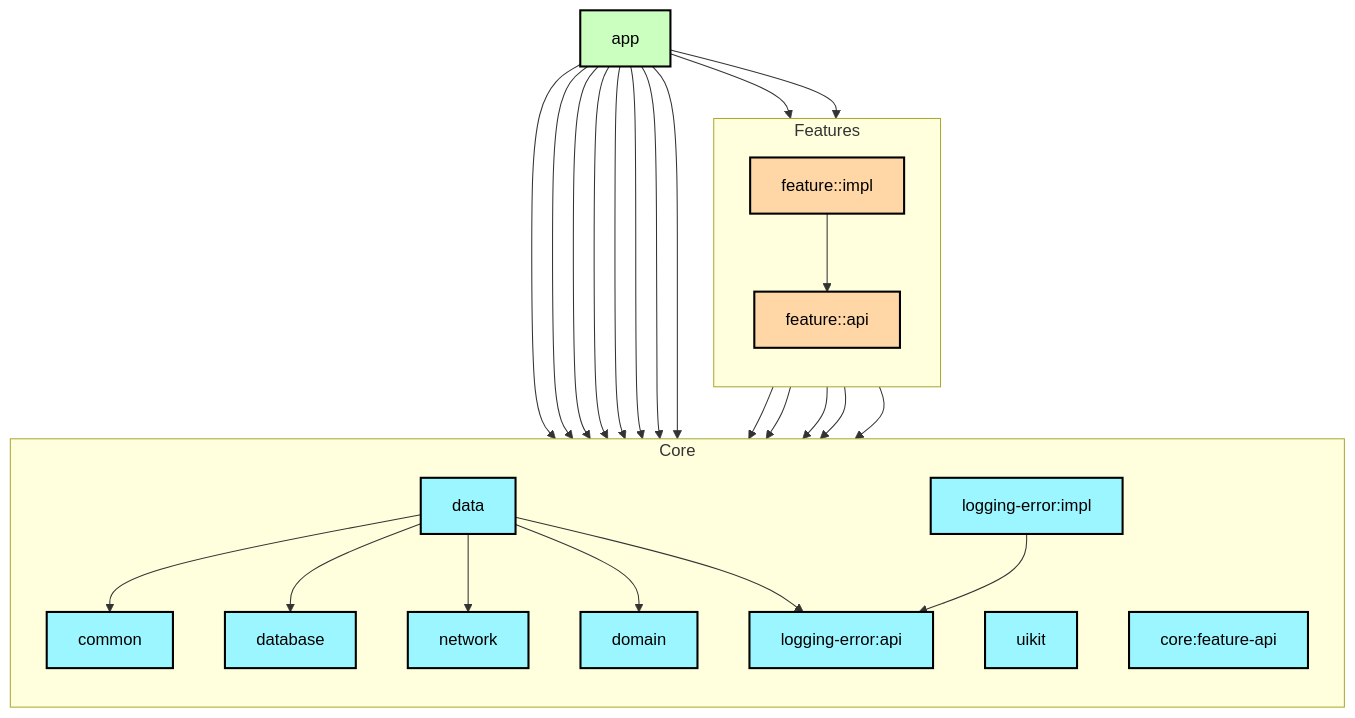
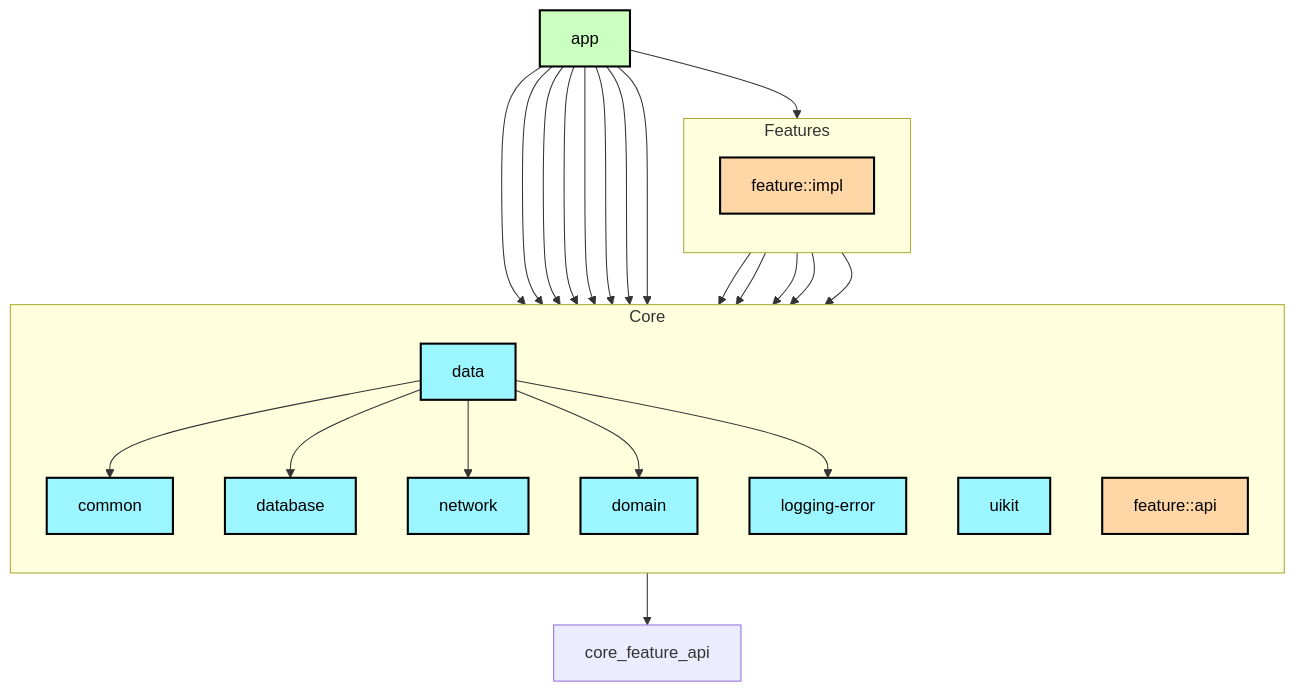
Before and after one commit to IliaVoskoboinikov/Finance-Manager: the first of 2 diagrams in docs/modularization.md, drawn with Mermaid. The commit also changed other lines of this file and 26 other files, not shown here.

Commit message:
CheckConventionsPlugin init and fix logging error

````diff
--- a/docs/modularization.md
+++ b/docs/modularization.md
@@ -18,61 +18,58 @@
 ```mermaid
 
 graph TB
     subgraph Core
         direction TB
         common[common]:::library
         database[database]:::library
         data[data]:::library
         domain[domain]:::library
         network[network]:::library
         uikit[uikit]:::library
-        logging_api[logging-error:api]:::library
-        logging_impl[logging-error:impl]:::library
-        core_feature_api[core:feature-api]:::library
+        logging_error[logging-error]:::library
+        feature_api[core:feature-api]:::library
     end
 
     subgraph Features
         direction TB
         feature_api[feature:<name>:api]:::feature
         feature_impl[feature:<name>:impl]:::feature
     end
 
     app[app]:::app
 
 %% App зависит на Core
     app --> common
     app --> database
     app --> data
     app --> domain
     app --> network
     app --> uikit
-    app --> logging_api
-    app --> logging_impl
+    app --> logging_error
 
 %% App зависит на Features
     app --> feature_api
     app --> feature_impl
 
 %% Feature паттерн
     feature_api --> core_feature_api
     feature_impl --> feature_api
     feature_impl --> data
     feature_impl --> domain
     feature_impl --> network
     feature_impl --> uikit
 
 %% Core взаимозависимости
     data --> common
     data --> database
     data --> network
     data --> domain
-    data --> logging_api
+    data --> logging_error
 
-    logging_impl --> logging_api
 
     classDef app fill:#CAFFBF,stroke:#000,stroke-width:2px,color:#000;
     classDef feature fill:#FFD6A5,stroke:#000,stroke-width:2px,color:#000;
     classDef library fill:#9BF6FF,stroke:#000,stroke-width:2px,color:#000;
 
 
 ```
````
